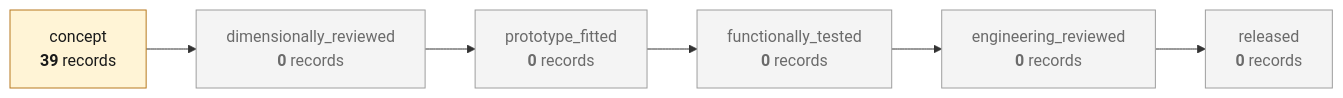
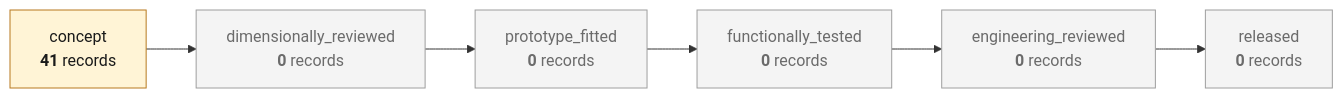
One commit to cluster2600/porscheparts changed the third of 4 diagrams in README.md. Above: the diagram before and after it, drawn with Mermaid. The commit also changed other lines of this file and 41 other files, not shown here.

````diff
--- a/README.md
+++ b/README.md
@@ -247,18 +249,18 @@
 ```mermaid
 flowchart LR
-    L0["concept<br/><b>39</b> records"]
+    L0["concept<br/><b>41</b> records"]
     L1["dimensionally_reviewed<br/><b>0</b> records"]
     L2["prototype_fitted<br/><b>0</b> records"]
     L3["functionally_tested<br/><b>0</b> records"]
     L4["engineering_reviewed<br/><b>0</b> records"]
     L5["released<br/><b>0</b> records"]
     L0 --> L1 --> L2 --> L3 --> L4 --> L5
     classDef here fill:#fff4d6,stroke:#b7791f,color:#1a1a1a;
     classDef empty fill:#f4f4f4,stroke:#9e9e9e,color:#6b6b6b;
     class L0 here
     class L1 empty
     class L2 empty
     class L3 empty
     class L4 empty
     class L5 empty
 ```
````
